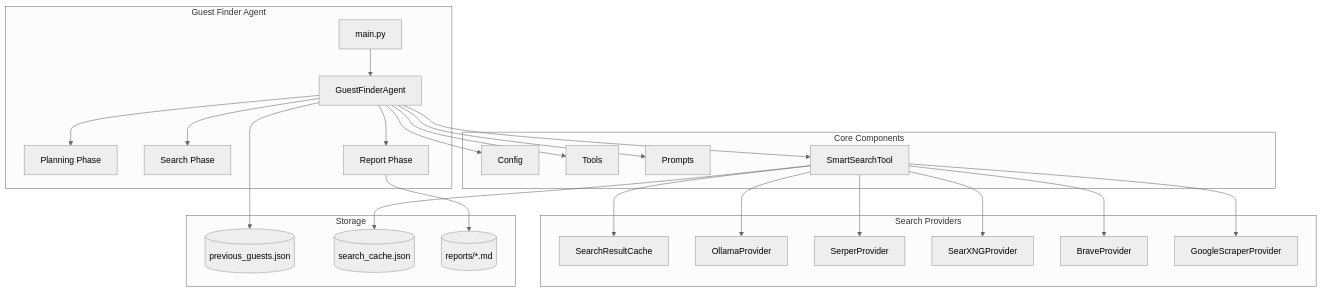
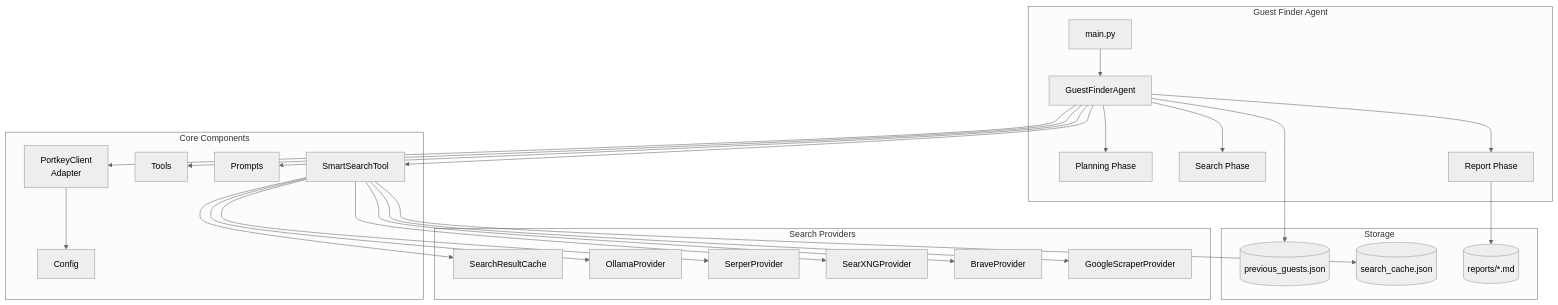
The second of 6 diagrams in docs/architecture.md (Joopsnijder/guest_search), drawn with Mermaid (neutral theme) before and after one commit. The commit also changed other lines of this file, not shown here.

First line of the commit message:
docs: Update architecture.md with Portkey observability integration

````diff
--- a/docs/architecture.md
+++ b/docs/architecture.md
@@ -67,31 +71,32 @@
 ```mermaid
 graph TD
     subgraph "Guest Finder Agent"
         M[main.py] --> GFA[GuestFinderAgent]
         GFA --> P1[Planning Phase]
         GFA --> P2[Search Phase]
         GFA --> P3[Report Phase]
     end
 
     subgraph "Core Components"
-        GFA --> C[Config]
+        GFA --> PC[PortkeyClient<br/>Adapter]
+        PC --> C[Config]
         GFA --> T[Tools]
         GFA --> PR[Prompts]
         GFA --> SST[SmartSearchTool]
     end
 
     subgraph "Search Providers"
         SST --> Cache[SearchResultCache]
         SST --> SP1[OllamaProvider]
         SST --> SP2[SerperProvider]
         SST --> SP3[SearXNGProvider]
         SST --> SP4[BraveProvider]
         SST --> SP5[GoogleScraperProvider]
     end
 
     subgraph "Storage"
         GFA --> PG[(previous_guests.json)]
         SST --> SC[(search_cache.json)]
         P3 --> RP[(reports/*.md)]
     end
 ```
````
